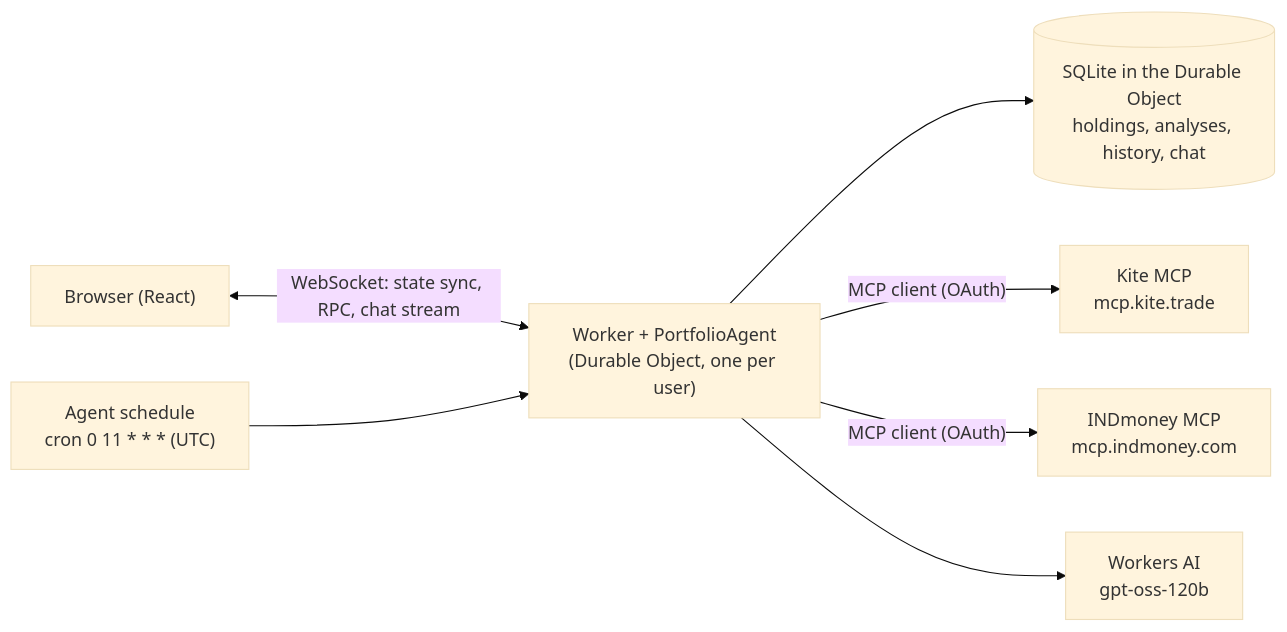
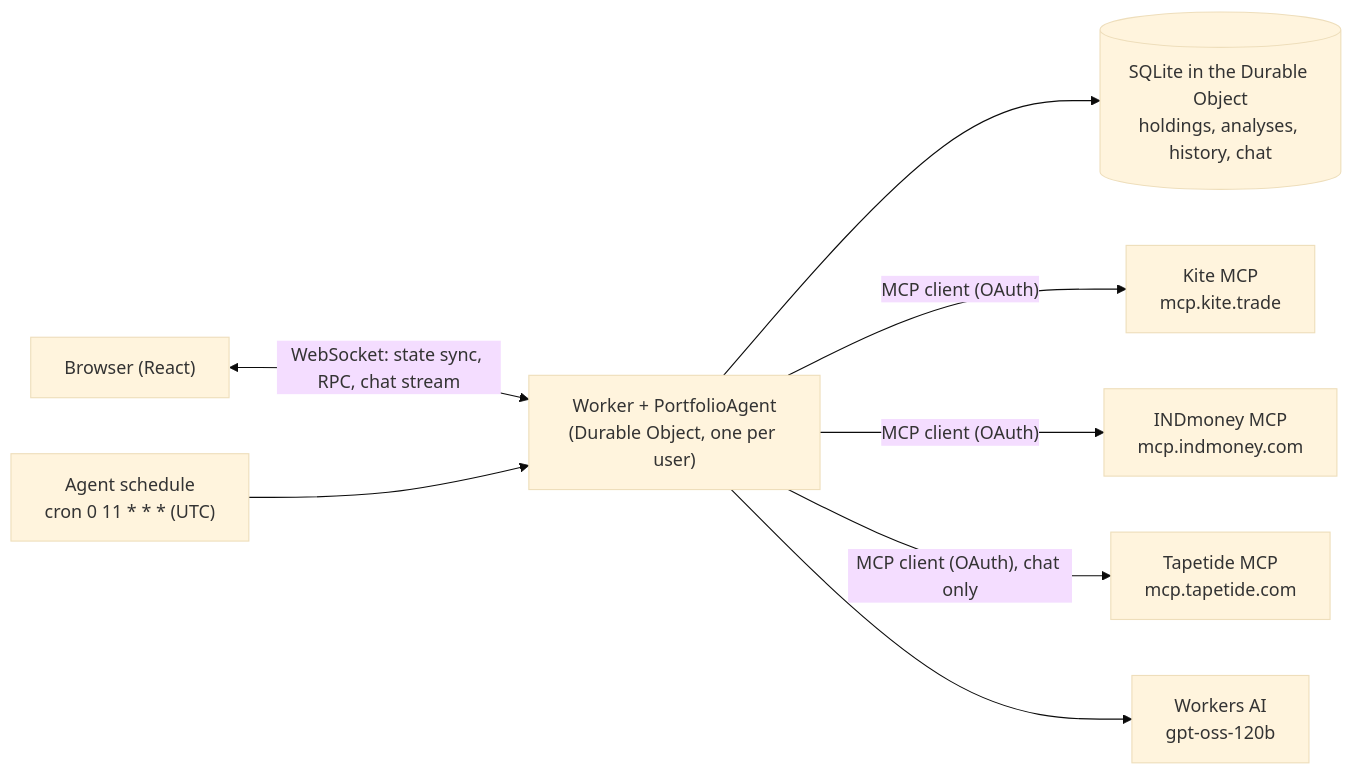
Before and after one commit to ObedImmanuel/ai-coffee-can: the diagram in README.md, drawn with Mermaid (base theme). The commit also changed other lines of this file and 5 other files, not shown here.

First line of the commit message:
Chat: safe read-only MCP market tools, plus a Tapetide market data connector

````diff
--- a/README.md
+++ b/README.md
@@ -14,9 +14,10 @@
 ```mermaid
 flowchart LR
   B["Browser (React)"] <-->|"WebSocket: state sync, RPC, chat stream"| W["Worker + PortfolioAgent<br/>(Durable Object, one per user)"]
   W --> DB[("SQLite in the Durable Object<br/>holdings, analyses, history, chat")]
   W -->|"MCP client (OAuth)"| K["Kite MCP<br/>mcp.kite.trade"]
   W -->|"MCP client (OAuth)"| I["INDmoney MCP<br/>mcp.indmoney.com"]
+  W -->|"MCP client (OAuth), chat only"| T["Tapetide MCP<br/>mcp.tapetide.com"]
   W --> AI["Workers AI<br/>gpt-oss-120b"]
   S["Agent schedule<br/>cron 0 11 * * * (UTC)"] --> W
 ```
````
